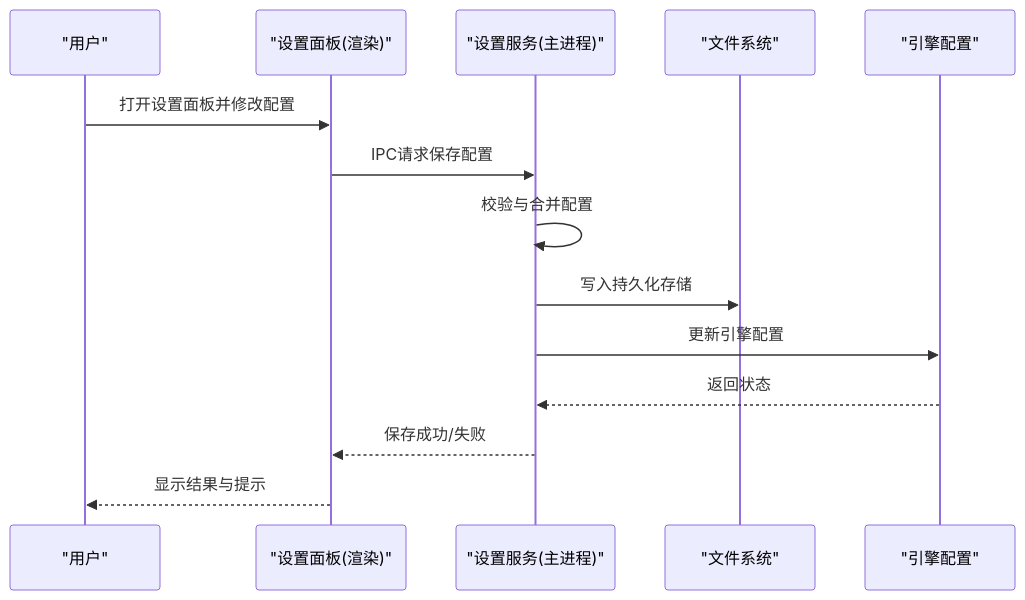
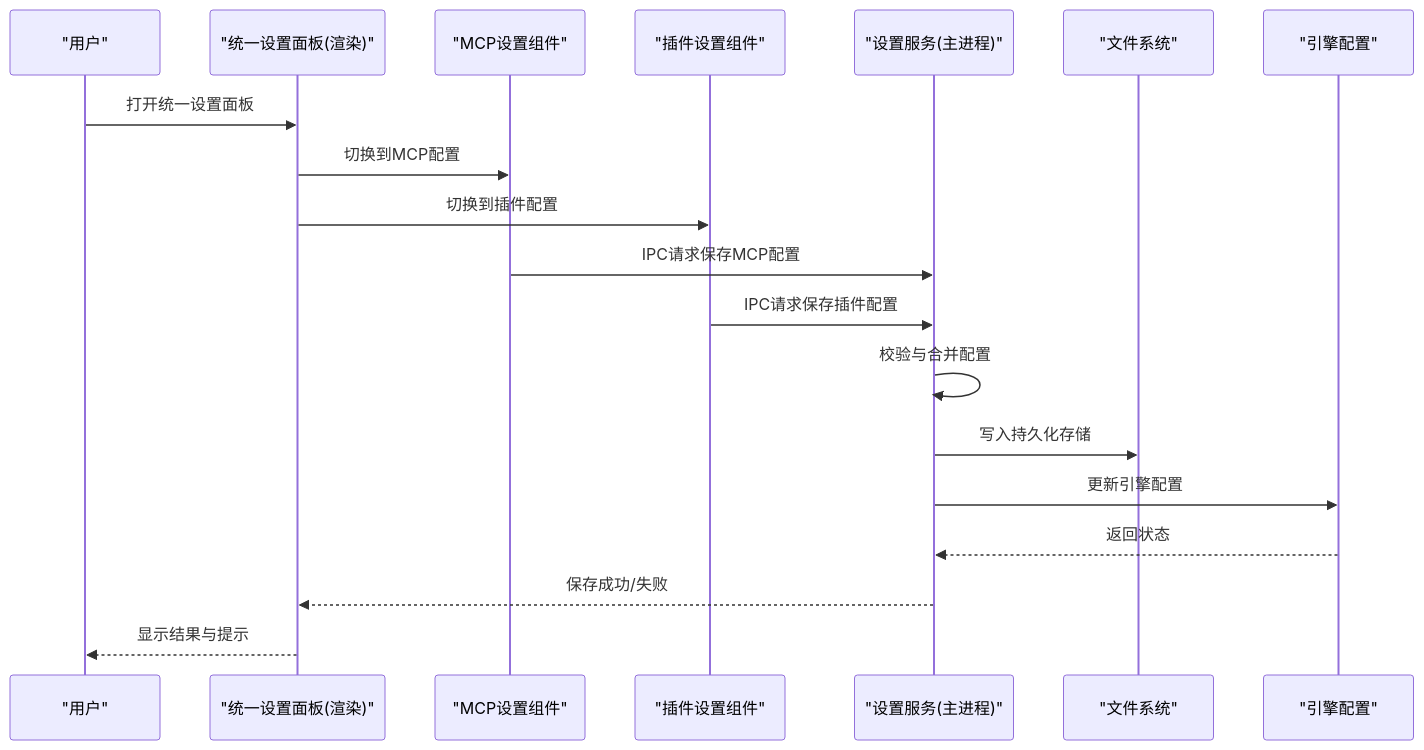
The second of 3 diagrams in .qoder/repowiki/zh/content/用户指南/设置与配置/设置与配置.md (kkutysllb/KCoder), drawn with Mermaid before and after one commit. The commit also changed other lines of this file and 11 other files, not shown here.

````diff
--- a/.qoder/repowiki/zh/content/用户指南/设置与配置/设置与配置.md
+++ b/.qoder/repowiki/zh/content/用户指南/设置与配置/设置与配置.md
@@ -76,16 +119,21 @@
 ```mermaid
 sequenceDiagram
 participant U as "用户"
-participant SP as "设置面板(渲染)"
+participant SP as "统一设置面板(渲染)"
+participant MCP as "MCP设置组件"
+participant PLUG as "插件设置组件"
 participant MS as "设置服务(主进程)"
 participant FS as "文件系统"
 participant ENG as "引擎配置"
-U->>SP : 打开设置面板并修改配置
-SP->>MS : IPC请求保存配置
+U->>SP : 打开统一设置面板
+SP->>MCP : 切换到MCP配置
+SP->>PLUG : 切换到插件配置
+MCP->>MS : IPC请求保存MCP配置
+PLUG->>MS : IPC请求保存插件配置
 MS->>MS : 校验与合并配置
 MS->>FS : 写入持久化存储
 MS->>ENG : 更新引擎配置
 ENG-->>MS : 返回状态
 MS-->>SP : 保存成功/失败
 SP-->>U : 显示结果与提示
 ```
````
